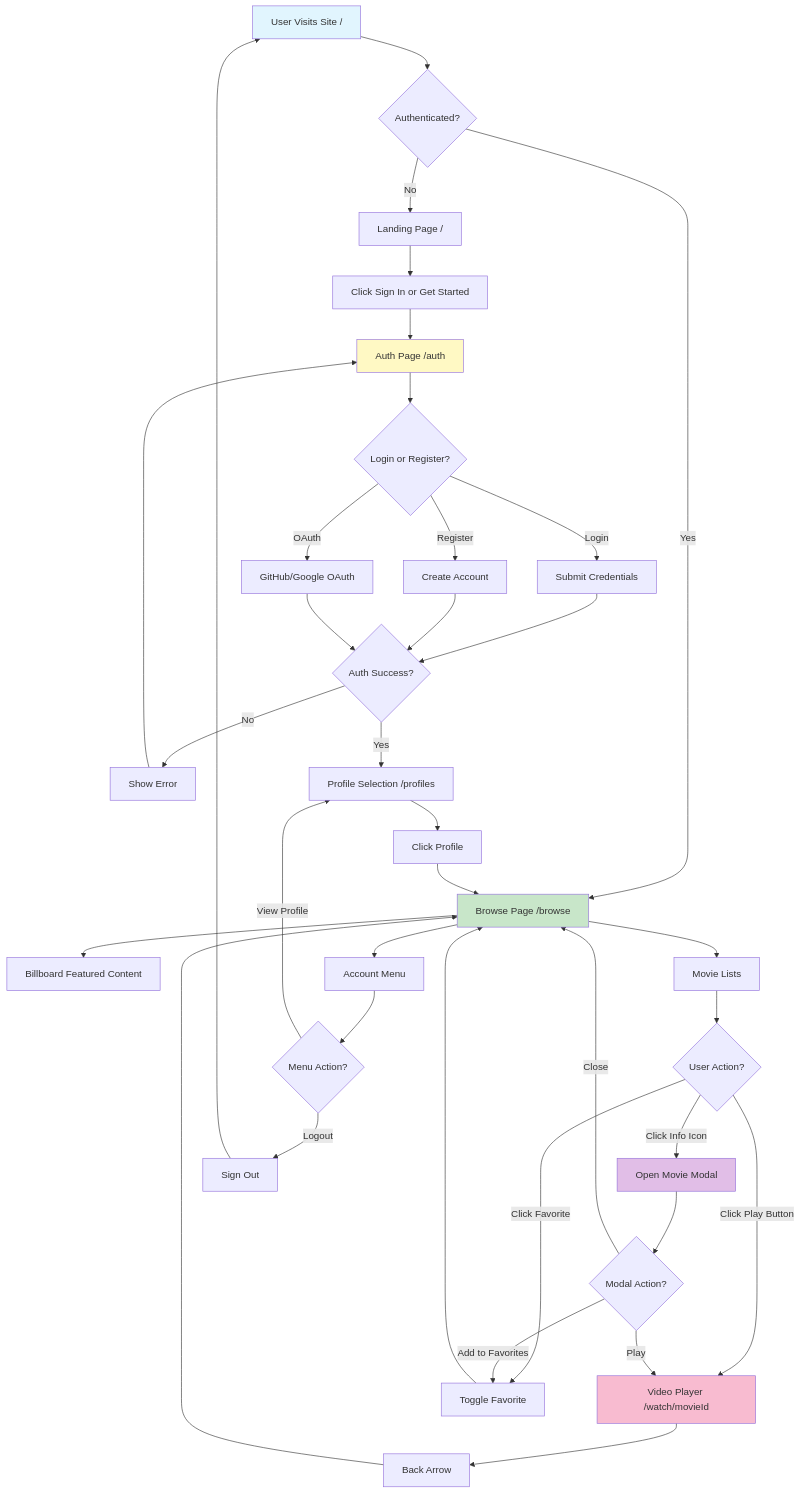
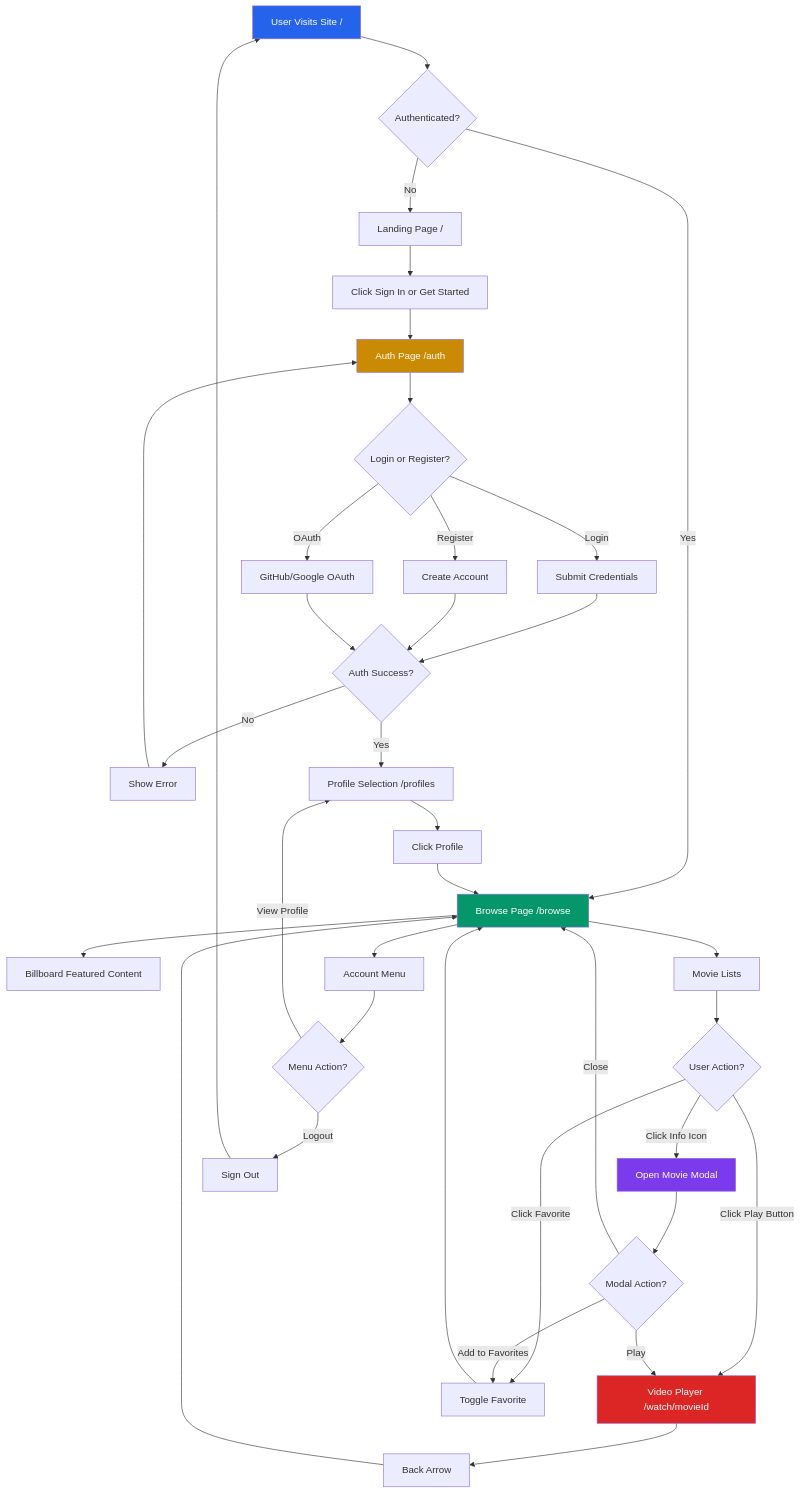
One commit to dexC166/dex-real-time-streaming changed the diagram in flowchart.md. Above: the diagram before and after it, drawn with Mermaid. The commit also changed 1 other file, not shown here.

Commit message:
Update styles in architecture and flowchart documentation for improved visual consistency; change color schemes to enhance readability.

````diff
--- a/flowchart.md
+++ b/flowchart.md
@@ -12,55 +12,55 @@
 ```mermaid
 graph TD
     A[User Visits Site /] --> B{Authenticated?}
     B -->|No| C[Landing Page /]
     B -->|Yes| D[Browse Page /browse]
 
     C --> E[Click Sign In or Get Started]
     E --> F[Auth Page /auth]
 
     F --> G{Login or Register?}
     G -->|Login| H[Submit Credentials]
     G -->|Register| I[Create Account]
     G -->|OAuth| J[GitHub/Google OAuth]
 
     H --> K{Auth Success?}
     I --> K
     J --> K
 
     K -->|No| L[Show Error]
     L --> F
     K -->|Yes| M[Profile Selection /profiles]
 
     M --> N[Click Profile]
     N --> D
 
     D --> O[Billboard Featured Content]
     D --> P[Movie Lists]
 
     P --> Q{User Action?}
     Q -->|Click Info Icon| R[Open Movie Modal]
     Q -->|Click Play Button| S[Video Player /watch/movieId]
     Q -->|Click Favorite| T[Toggle Favorite]
 
     R --> U{Modal Action?}
     U -->|Play| S
     U -->|Add to Favorites| T
     U -->|Close| D
 
     T --> D
     S --> V[Back Arrow]
     V --> D
 
     D --> W[Account Menu]
     W --> X{Menu Action?}
     X -->|Logout| Y[Sign Out]
     X -->|View Profile| M
 
     Y --> A
 
-    style A fill:#e1f5fe
-    style D fill:#c8e6c9
-    style F fill:#fff9c4
-    style S fill:#f8bbd0
-    style R fill:#e1bee7
+    style A fill:#2563eb,color:#ffffff
+    style D fill:#059669,color:#ffffff
+    style F fill:#ca8a04,color:#ffffff
+    style S fill:#dc2626,color:#ffffff
+    style R fill:#7c3aed,color:#ffffff
 ```
````
